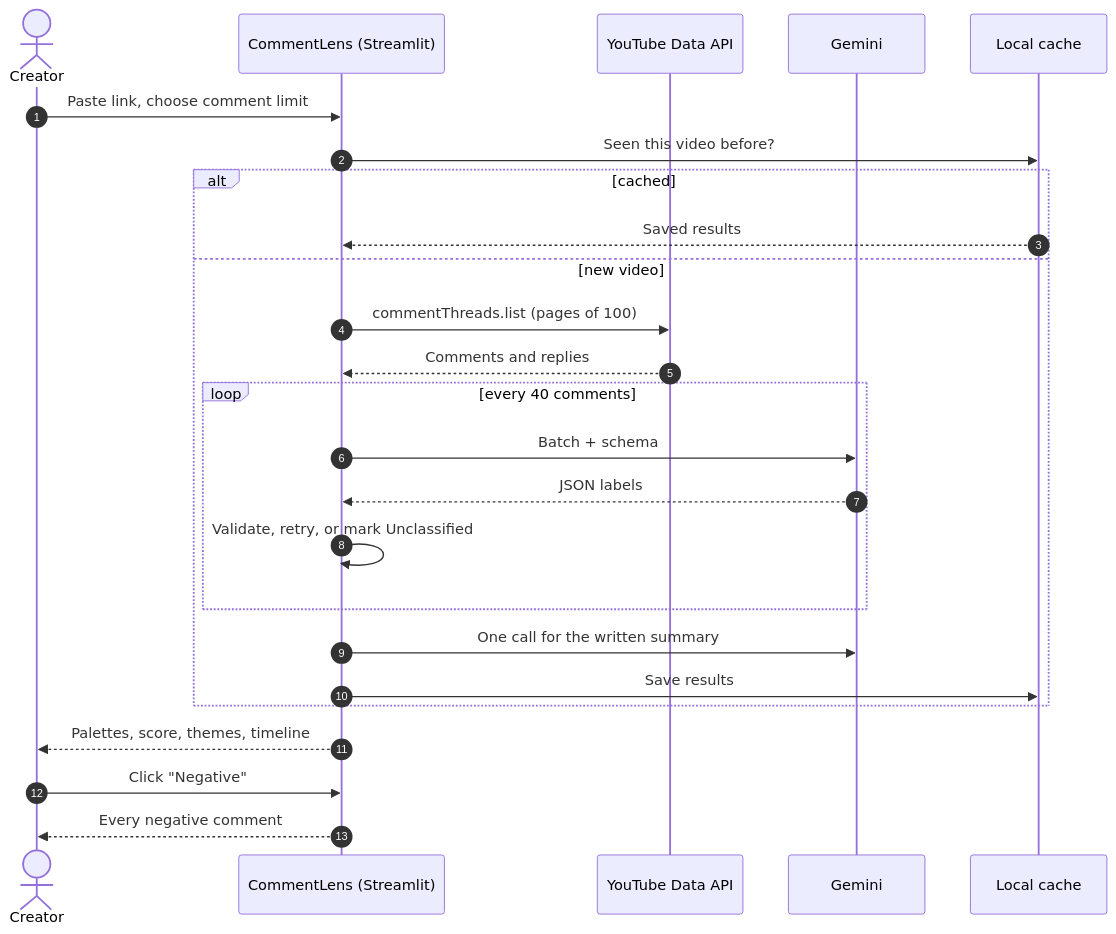
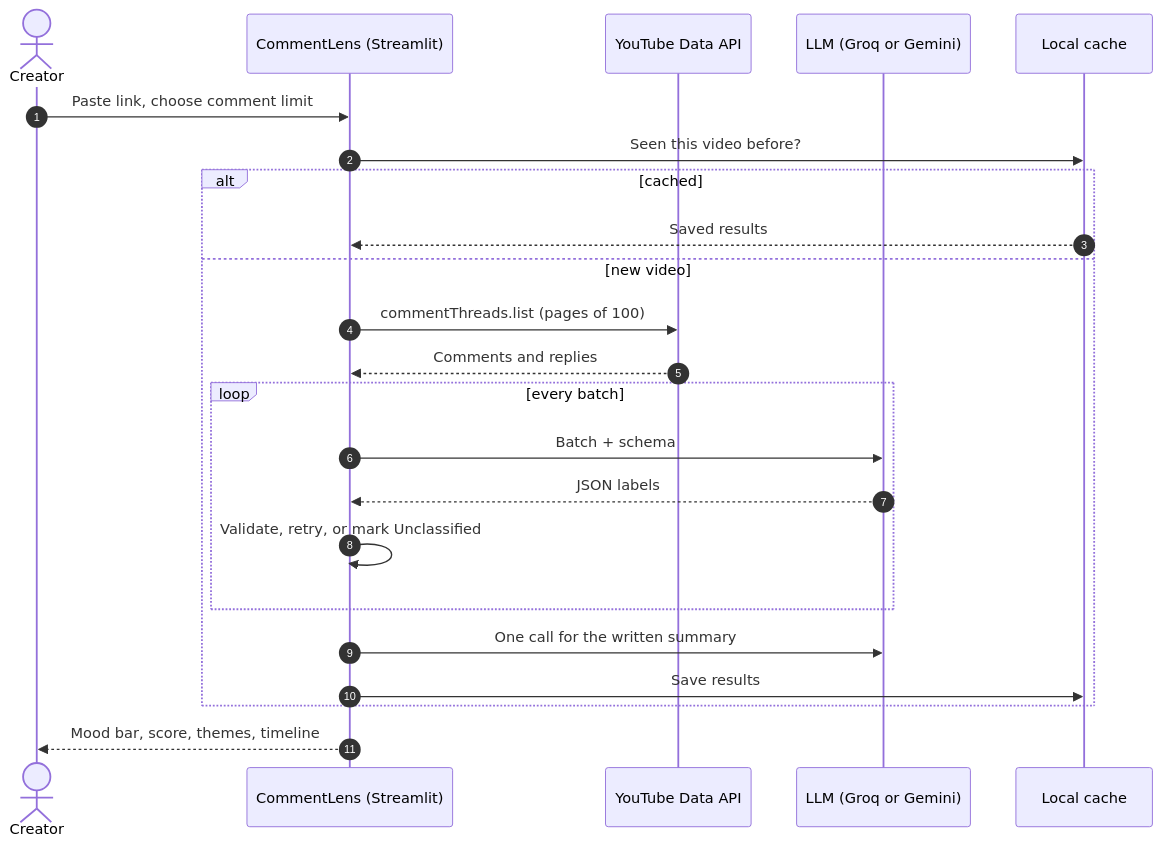
The second of 2 diagrams in README.md (noobharshu-dev/commentlens), drawn with Mermaid before and after one commit. The commit also changed other lines of this file, not shown here.

````diff
--- a/README.md
+++ b/README.md
@@ -125,28 +224,26 @@
 ```mermaid
 sequenceDiagram
     autonumber
     actor Creator
     participant App as CommentLens (Streamlit)
     participant YT as YouTube Data API
-    participant AI as Gemini
+    participant AI as LLM (Groq or Gemini)
     participant Disk as Local cache
 
     Creator->>App: Paste link, choose comment limit
     App->>Disk: Seen this video before?
     alt cached
         Disk-->>App: Saved results
     else new video
         App->>YT: commentThreads.list (pages of 100)
         YT-->>App: Comments and replies
-        loop every 40 comments
+        loop every batch
             App->>AI: Batch + schema
             AI-->>App: JSON labels
             App->>App: Validate, retry, or mark Unclassified
         end
         App->>AI: One call for the written summary
         App->>Disk: Save results
     end
-    App-->>Creator: Palettes, score, themes, timeline
-    Creator->>App: Click "Negative"
-    App-->>Creator: Every negative comment
+    App-->>Creator: Mood bar, score, themes, timeline
 ```
````
